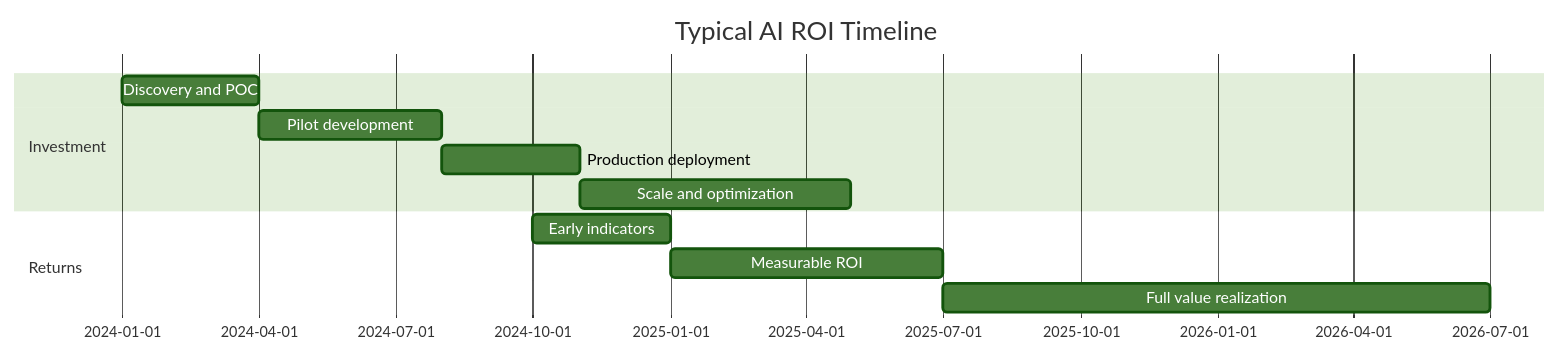
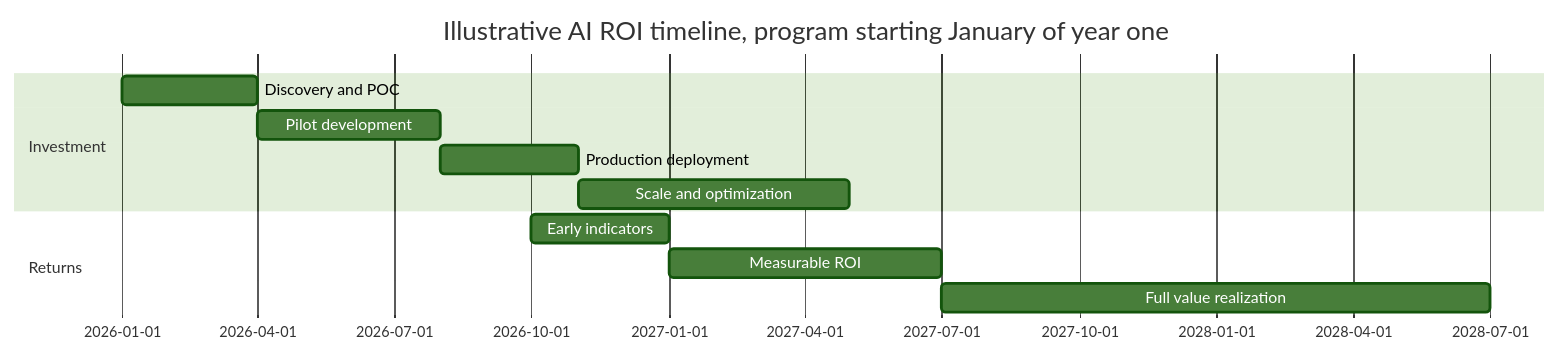
The second of 2 diagrams in content/portfolio/pilot-to-production.md (sunilp/enterprise-ai), drawn with Mermaid (forest theme) before and after one commit. The commit also changed other lines of this file and 120 other files, not shown here.

````diff
--- a/content/portfolio/pilot-to-production.md
+++ b/content/portfolio/pilot-to-production.md
@@ -220,14 +220,14 @@
 ```mermaid
 gantt
-    title Typical AI ROI Timeline
+    title Illustrative AI ROI timeline, program starting January of year one
     dateFormat YYYY-MM
     section Investment
-        Discovery and POC        :2024-01, 3M
-        Pilot development        :2024-04, 4M
-        Production deployment    :2024-08, 3M
-        Scale and optimization   :2024-11, 6M
+        Discovery and POC        :2026-01, 3M
+        Pilot development        :2026-04, 4M
+        Production deployment    :2026-08, 3M
+        Scale and optimization   :2026-11, 6M
     section Returns
-        Early indicators         :2024-10, 3M
-        Measurable ROI           :2025-01, 6M
-        Full value realization   :2025-07, 12M
+        Early indicators         :2026-10, 3M
+        Measurable ROI           :2027-01, 6M
+        Full value realization   :2027-07, 12M
 ```
````
